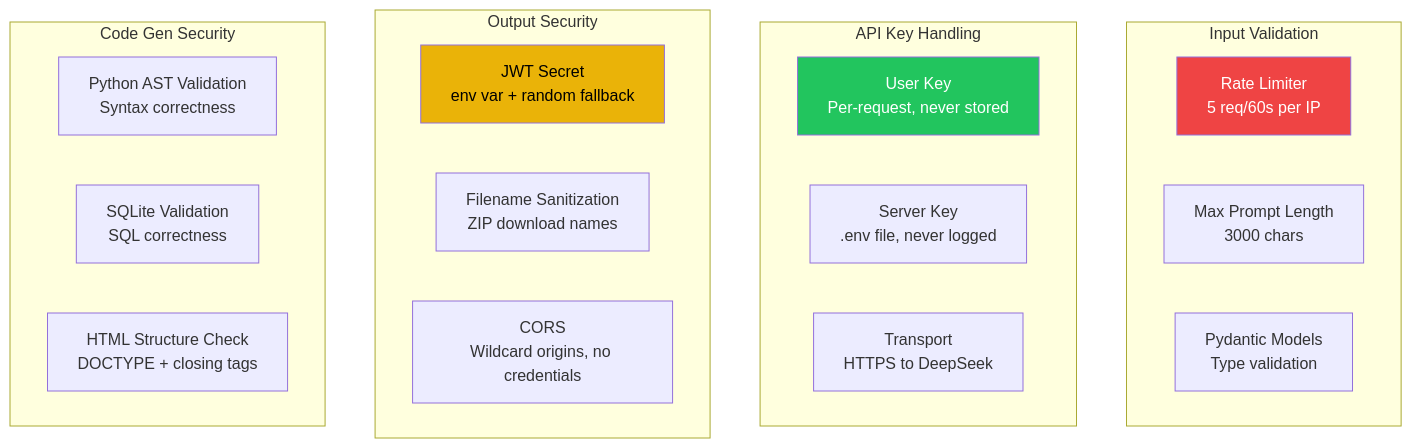
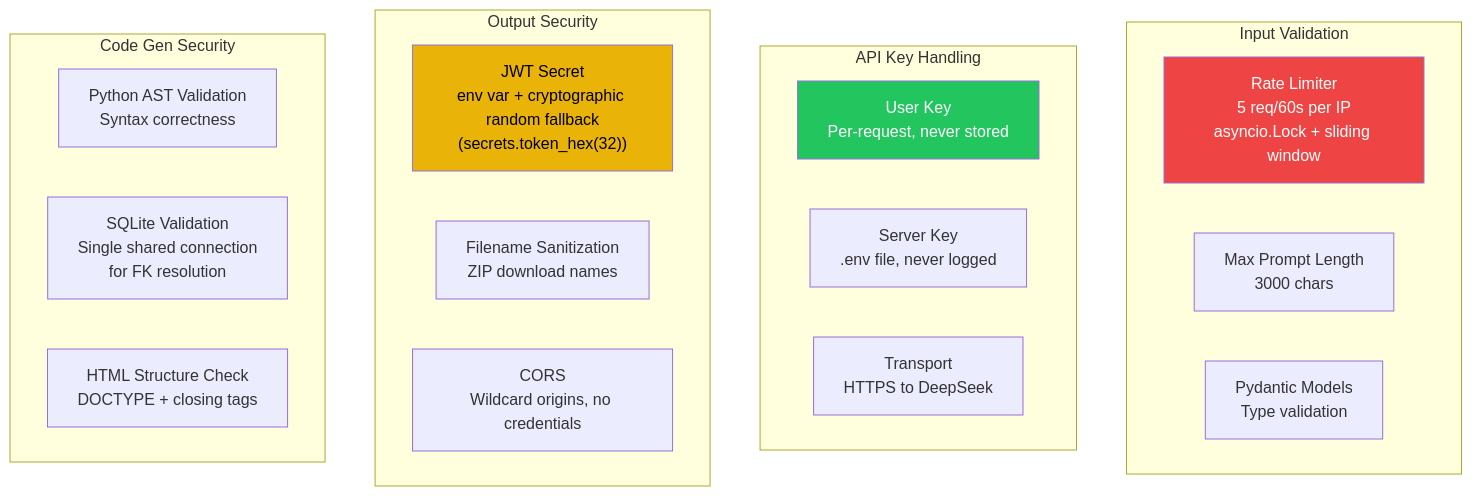
Before and after one commit to notsooamit/app-compiler: diagram 22 of 24 in SOFTWARE_ARCHITECTURE.md, drawn with Mermaid. The commit also changed other lines of this file and 1 other file, not shown here.

````diff
--- a/SOFTWARE_ARCHITECTURE.md
+++ b/SOFTWARE_ARCHITECTURE.md
@@ -1072,30 +1183,30 @@
 ```mermaid
 graph TB
     subgraph "Input Validation"
-        RL["Rate Limiter<br/>5 req/60s per IP"]
+        RL["Rate Limiter<br/>5 req/60s per IP<br/>asyncio.Lock + sliding window"]
         ML["Max Prompt Length<br/>3000 chars"]
         PV["Pydantic Models<br/>Type validation"]
     end
 
     subgraph "API Key Handling"
         UK["User Key<br/>Per-request, never stored"]
         SK["Server Key<br/>.env file, never logged"]
         TR["Transport<br/>HTTPS to DeepSeek"]
     end
 
     subgraph "Output Security"
-        JWT["JWT Secret<br/>env var + random fallback"]
+        JWT["JWT Secret<br/>env var + cryptographic random fallback<br/>(secrets.token_hex(32))"]
         SAN["Filename Sanitization<br/>ZIP download names"]
         CORS["CORS<br/>Wildcard origins, no credentials"]
     end
 
     subgraph "Code Gen Security"
         AST["Python AST Validation<br/>Syntax correctness"]
-        SQL["SQLite Validation<br/>SQL correctness"]
+        SQL["SQLite Validation<br/>Single shared connection<br/>for FK resolution"]
         HTML["HTML Structure Check<br/>DOCTYPE + closing tags"]
     end
 
     style RL fill:#ef4444,color:#fff
     style UK fill:#22c55e,color:#fff
     style JWT fill:#eab308,color:#000
 ```
````
